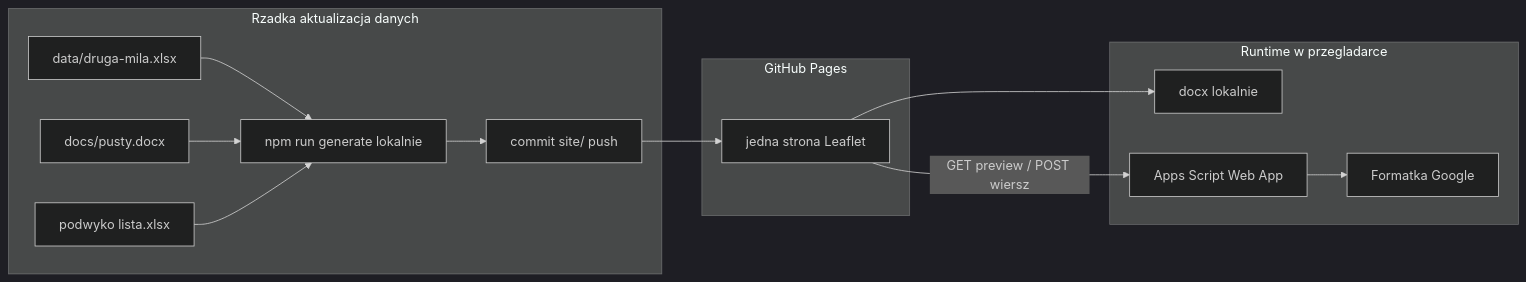
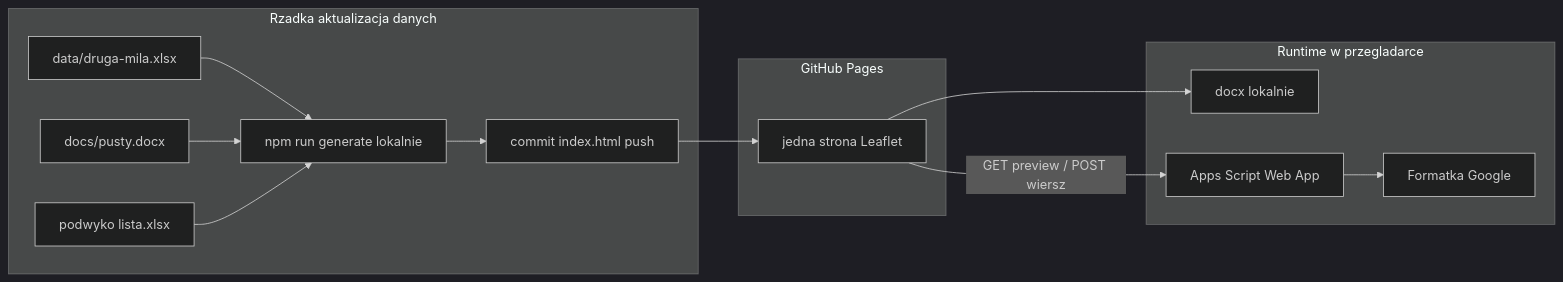
One commit to Zotrek/druga-mila changed the diagram in docs/ARCHITECTURE.md. Above: the diagram before and after it, drawn with Mermaid (dark theme). The commit also changed other lines of this file and 3 other files, not shown here.

````diff
--- a/docs/ARCHITECTURE.md
+++ b/docs/ARCHITECTURE.md
@@ -29,25 +29,25 @@
 ```mermaid
 flowchart LR
   subgraph rare [Rzadka aktualizacja danych]
     ExcelPts[data/druga-mila.xlsx]
     WordTpl[docs/pusty.docx]
     Podwyko[podwyko lista.xlsx]
     LocalBuild[npm run generate lokalnie]
-    Commit[commit site/ push]
+    Commit[commit index.html push]
   end
   subgraph pages [GitHub Pages]
     MapHtml[jedna strona Leaflet]
   end
   subgraph runtime [Runtime w przegladarce]
     Word[docx lokalnie]
     AppsScript[Apps Script Web App]
     FormSheet[Formatka Google]
   end
   ExcelPts --> LocalBuild
   WordTpl --> LocalBuild
   Podwyko --> LocalBuild
   LocalBuild --> Commit --> MapHtml
   MapHtml --> Word
   MapHtml -->|GET preview / POST wiersz| AppsScript
   AppsScript --> FormSheet
 ```
````
